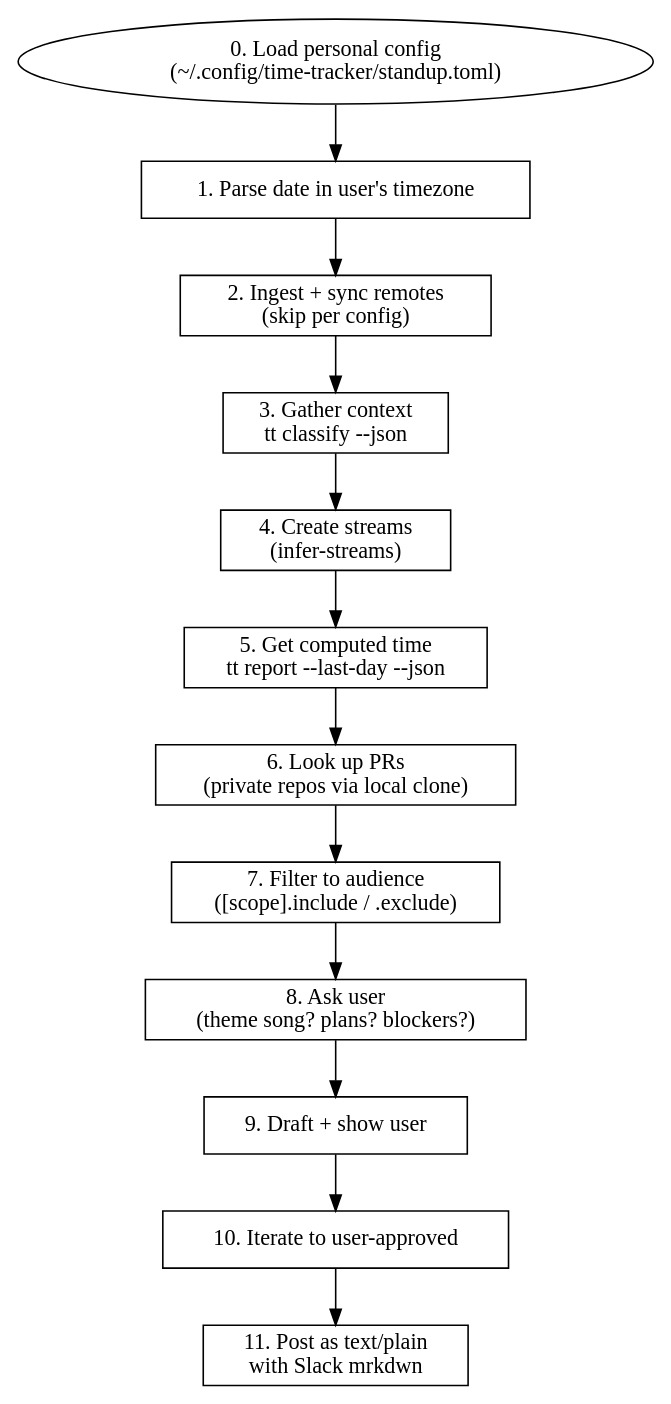
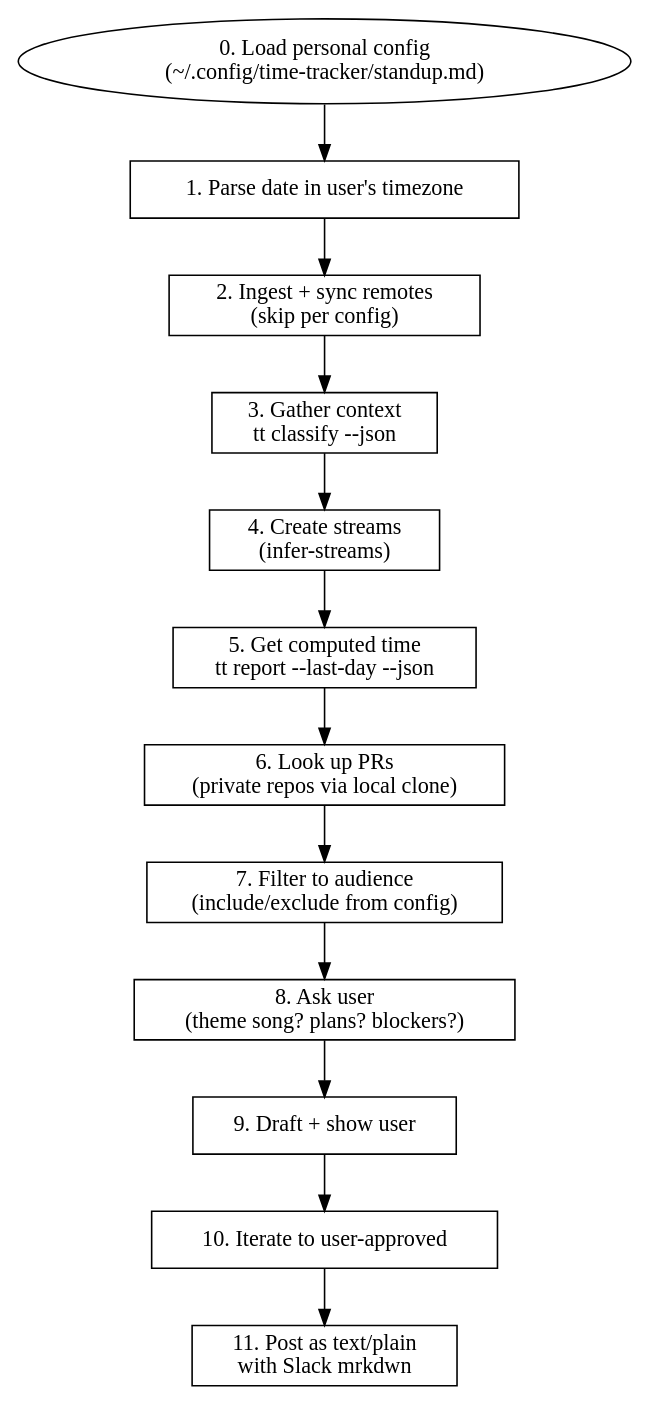
The diagram in .opencode/skills/daily-standup/SKILL.md (sjawhar/time-tracker), drawn with Graphviz before and after one commit. The commit also changed other lines of this file and 2 other files, not shown here.

First line of the commit message:
refactor(skills): natural-language config for daily-standup + genericize remaining names

````diff
--- a/.opencode/skills/daily-standup/SKILL.md
+++ b/.opencode/skills/daily-standup/SKILL.md
@@ -55,21 +56,21 @@
 ```dot
 digraph standup {
   rankdir=TB;
   node [shape=box];
 
-  cfg [label="0. Load personal config\n(~/.config/time-tracker/standup.toml)" shape=ellipse];
+  cfg [label="0. Load personal config\n(~/.config/time-tracker/standup.md)" shape=ellipse];
   start [label="1. Parse date in user's timezone"];
   ingest [label="2. Ingest + sync remotes\n(skip per config)"];
   gather [label="3. Gather context\ntt classify --json"];
   analyze [label="4. Create streams\n(infer-streams)"];
   compute [label="5. Get computed time\ntt report --last-day --json"];
   prs [label="6. Look up PRs\n(private repos via local clone)"];
-  filter [label="7. Filter to audience\n([scope].include / .exclude)"];
+  filter [label="7. Filter to audience\n(include/exclude from config)"];
   ask [label="8. Ask user\n(theme song? plans? blockers?)"];
   draft [label="9. Draft + show user"];
   iterate [label="10. Iterate to user-approved"];
   post [label="11. Post as text/plain\nwith Slack mrkdwn"];
 
   cfg -> start -> ingest -> gather -> analyze -> compute -> prs -> filter -> ask -> draft -> iterate -> post;
 }
 ```
````
